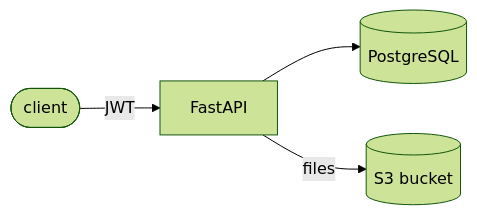
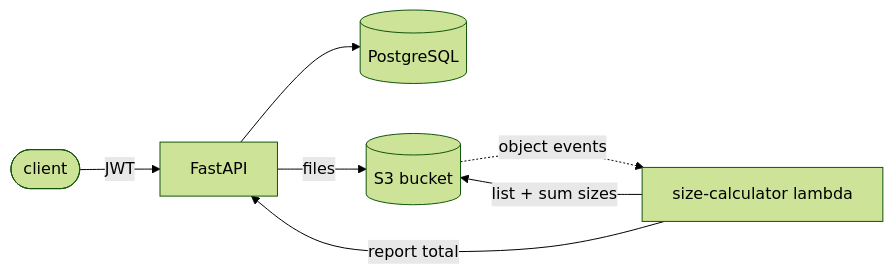
One commit to AdrianFlores-B/project-hub-v2 changed the diagram in README.md. Above: the diagram before and after it, drawn with Mermaid (forest theme). The commit also changed other lines of this file and 3 other files, not shown here.

````diff
--- a/README.md
+++ b/README.md
@@ -22,6 +24,9 @@
 ```mermaid
 flowchart LR
     client([client]) -->|JWT| api[FastAPI]
     api --> db[(PostgreSQL)]
     api -->|files| s3[(S3 bucket)]
+    s3 -.->|object events| lambda[size-calculator lambda]
+    lambda -->|list + sum sizes| s3
+    lambda -->|report total| api
 ```
````
